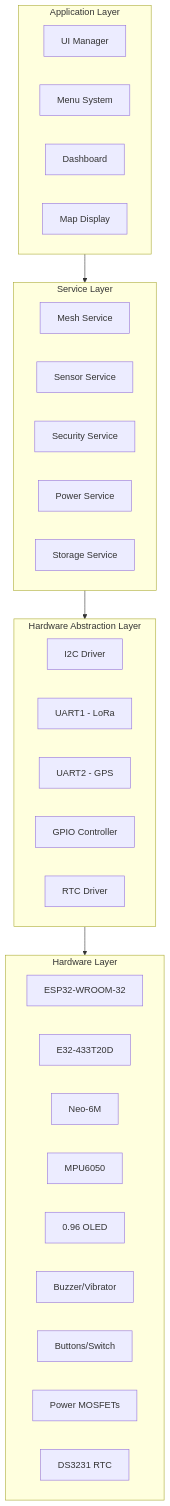
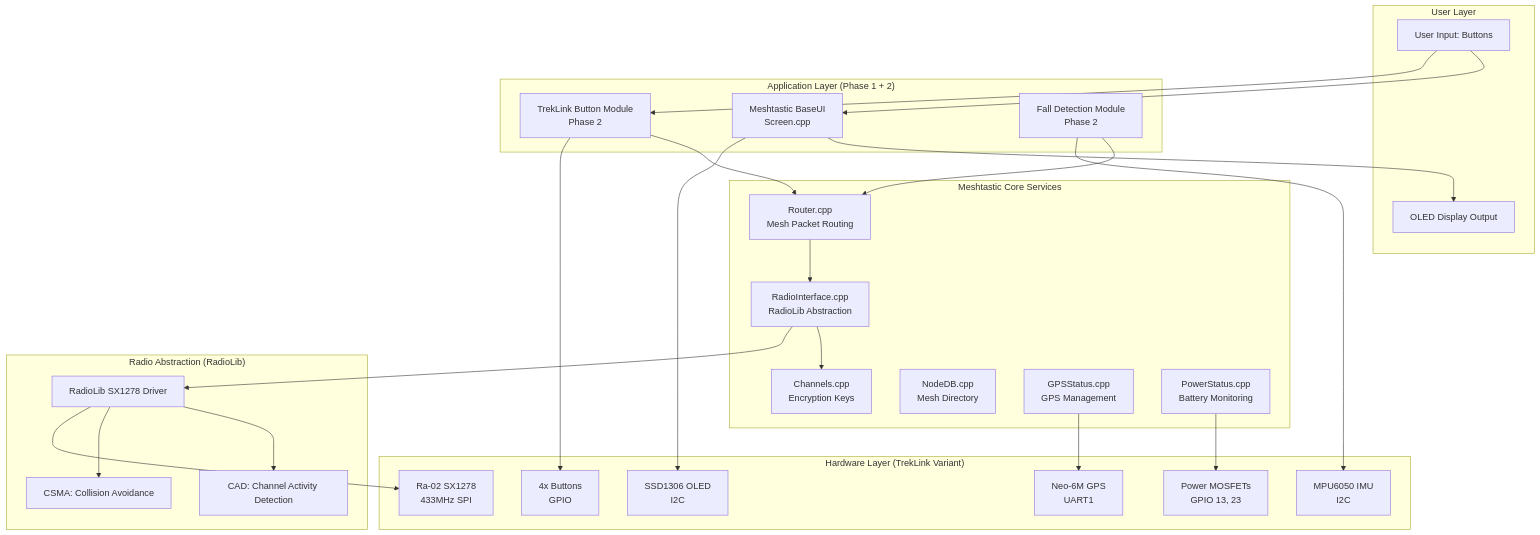
The first of 2 diagrams in .kiro/specs/treklink/design.md (ruskicoder/treklink), drawn with Mermaid before and after one commit. The commit also changed other lines of this file and 25 other files, not shown here.

First line of the commit message:
feat: Add TrekLink MVP implementation plan and update README with comprehensive project overview, setup, and roadmap, including an MPU6050 library update.

````diff
--- a/.kiro/specs/treklink/design.md
+++ b/.kiro/specs/treklink/design.md
@@ -28,41 +38,54 @@
 ```mermaid
 graph TB
-    subgraph Application["Application Layer"]
-        UI[UI Manager]
-        MENU[Menu System]
-        DASHBOARD[Dashboard]
-        MAP[Map Display]
+    subgraph User_Layer["User Layer"]
+        USER[User Input: Buttons]
+        DISPLAY[OLED Display Output]
     end
-    
-    subgraph Services["Service Layer"]
-        MESH[Mesh Service]
-        SENSOR[Sensor Service]
-        SECURITY[Security Service]
-        POWER[Power Service]
-        STORAGE[Storage Service]
+
+    subgraph Application_Layer["Application Layer (Phase 1 + 2)"]
+        MESHTASTIC_UI[Meshtastic BaseUI<br/>Screen.cpp]
+        TREKLINK_BUTTONS[TrekLink Button Module<br/>Phase 2]
+        TREKLINK_FALL[Fall Detection Module<br/>Phase 2]
     end
-    
-    subgraph HAL["Hardware Abstraction Layer"]
-        I2C[I2C Driver]
-        UART1[UART1 - LoRa]
-        UART2[UART2 - GPS]
-        GPIO[GPIO Controller]
-        RTC[RTC Driver]
+
+    subgraph Meshtastic_Core["Meshtastic Core Services"]
+        ROUTER[Router.cpp<br/>Mesh Packet Routing]
+        RADIO_IF[RadioInterface.cpp<br/>RadioLib Abstraction]
+        CHANNELS[Channels.cpp<br/>Encryption Keys]
+        NODEDB[NodeDB.cpp<br/>Mesh Directory]
+        GPS_SVC[GPSStatus.cpp<br/>GPS Management]
+        PWR_SVC[PowerStatus.cpp<br/>Battery Monitoring]
     end
-    
-    subgraph Hardware["Hardware Layer"]
-        ESP32[ESP32-WROOM-32]
-        LORA[E32-433T20D]
-        GPS[Neo-6M]
-        IMU[MPU6050]
-        OLED[0.96 OLED]
-        BUZZER[Buzzer/Vibrator]
-        BUTTONS[Buttons/Switch]
-        MOSFET[Power MOSFETs]
-        DS3231[DS3231 RTC]
+
+    subgraph Radio_Layer["Radio Abstraction (RadioLib)"]
+        RADIOLIB[RadioLib SX1278 Driver]
+        CAD[CAD: Channel Activity Detection]
+        CSMA[CSMA: Collision Avoidance]
     end
-    
-    Application --> Services
-    Services --> HAL
-    HAL --> Hardware
+
+    subgraph Hardware_Layer["Hardware Layer (TrekLink Variant)"]
+        RA02[Ra-02 SX1278<br/>433MHz SPI]
+        GPS_HW[Neo-6M GPS<br/>UART1]
+        MPU[MPU6050 IMU<br/>I2C]
+        OLED_HW[SSD1306 OLED<br/>I2C]
+        BUTTONS_HW[4x Buttons<br/>GPIO]
+        POWER_GATES[Power MOSFETs<br/>GPIO 13, 23]
+    end
+
+    USER --> MESHTASTIC_UI
+    USER --> TREKLINK_BUTTONS
+    MESHTASTIC_UI --> DISPLAY
+    TREKLINK_BUTTONS --> ROUTER
+    TREKLINK_FALL --> ROUTER
+    ROUTER --> RADIO_IF
+    RADIO_IF --> CHANNELS
+    RADIO_IF --> RADIOLIB
+    GPS_SVC --> GPS_HW
+    PWR_SVC --> POWER_GATES
+    RADIOLIB --> CAD
+    RADIOLIB --> CSMA
+    RADIOLIB --> RA02
+    MESHTASTIC_UI --> OLED_HW
+    TREKLINK_BUTTONS --> BUTTONS_HW
+    TREKLINK_FALL --> MPU
 ```
````
